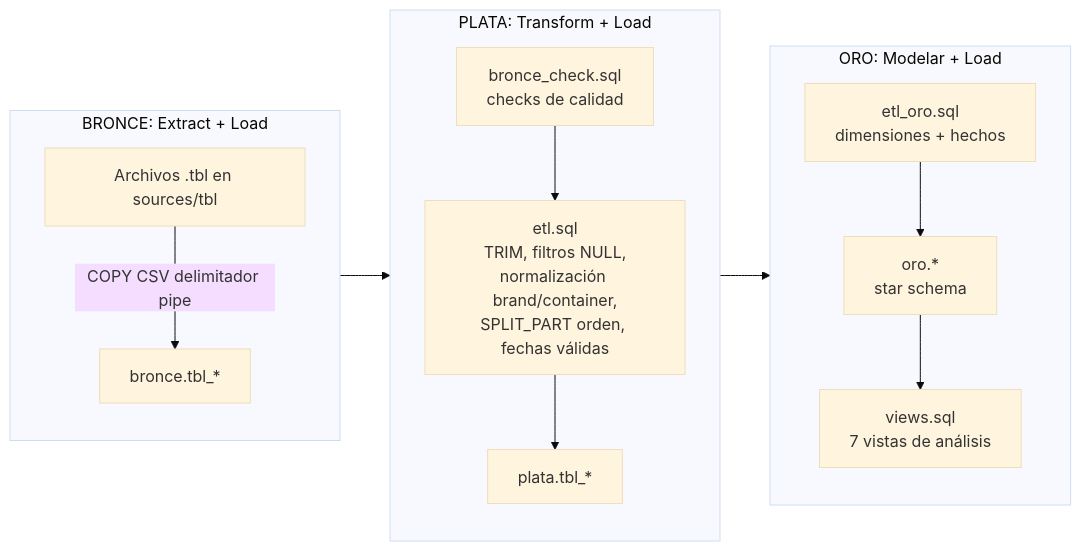
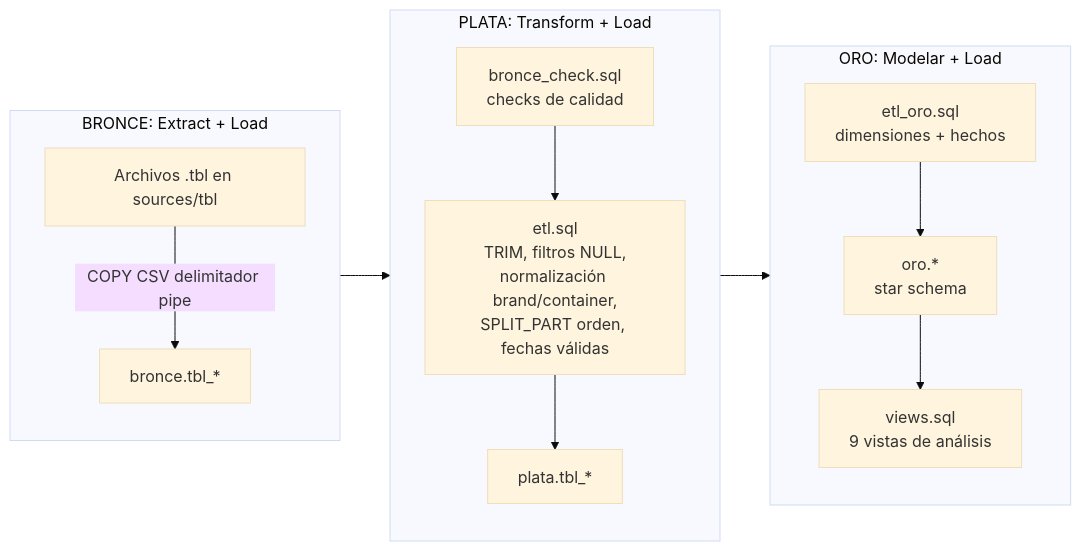
One commit to CaletOrtiz/sql-datawarehouse-project changed the first of 3 diagrams in docs/etl_proceso.md. Above: the diagram before and after it, drawn with Mermaid (base theme). The commit also changed 4 other files, not shown here.

````diff
--- a/docs/etl_proceso.md
+++ b/docs/etl_proceso.md
@@ -3,18 +3,18 @@
 ```mermaid
 flowchart LR
     subgraph E1["BRONCE: Extract + Load"]
         A1[Archivos .tbl en sources/tbl] -->|COPY CSV delimitador pipe| A2[bronce.tbl_*]
     end
 
     subgraph E2["PLATA: Transform + Load"]
         B1[bronce_check.sql<br/>checks de calidad] --> B2[etl.sql<br/>TRIM, filtros NULL,<br/>normalización brand/container,<br/>SPLIT_PART orden, fechas válidas]
         B2 --> B3[plata.tbl_*]
     end
 
     subgraph E3["ORO: Modelar + Load"]
             C1[etl_oro.sql<br/>dimensiones + hechos] --> C2[oro.*<br/>star schema]
-            C2 --> C3[views.sql<br/>7 vistas de análisis]
+            C2 --> C3[views.sql<br/>9 vistas de análisis]
     end
 
     E1 --> E2 --> E3
 ```
````
